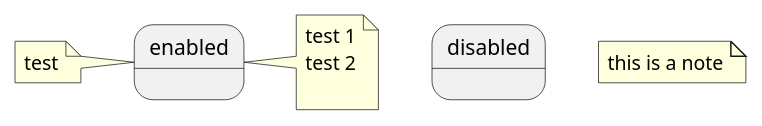
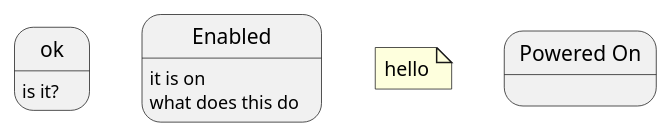
Before and after one commit to grhmdev/gen-statemachine: the diagram in examples/test.puml, drawn with PlantUML. The commit also changed 3 other files, not shown here.

```diff
--- a/examples/test.puml
+++ b/examples/test.puml
@@ -1,16 +1,15 @@
 @startuml
 
-state enabled
-state disabled
+state ok {
+    ok : is it?
+}
 
-note left of enabled : test
+state Enabled : it is on
 
-note right of enabled
-    test 1
-    test 2
+Enabled : what does this do
 
-end note
+note "hello" as Note1
 
-note "this is a note" as N1
+state "Powered On" as ON
 
 @enduml
```
